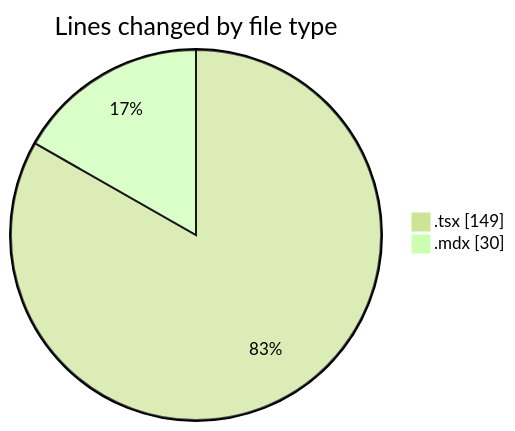
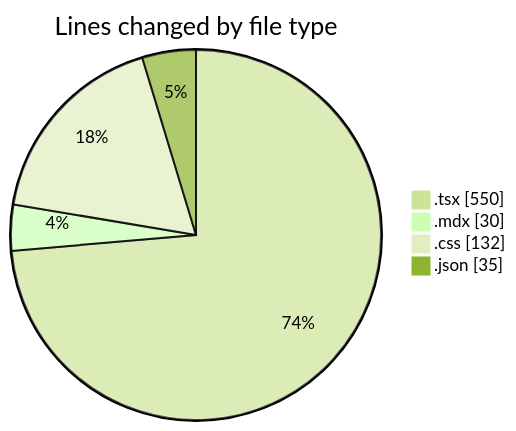
Before and after one commit to Elitesun/code-tracking: the first of 2 diagrams in 2025-05-12/elitesun/README.md, drawn with Mermaid (forest theme). The commit also changed other lines of this file and 1 other file, not shown here.

````diff
--- a/2025-05-12/elitesun/README.md
+++ b/2025-05-12/elitesun/README.md
@@ -22,6 +25,8 @@
 ```mermaid
 pie showData
 title Lines changed by file type
-".tsx" : 149
+".tsx" : 550
 ".mdx" : 30
+".css" : 132
+".json" : 35
 ```
````
